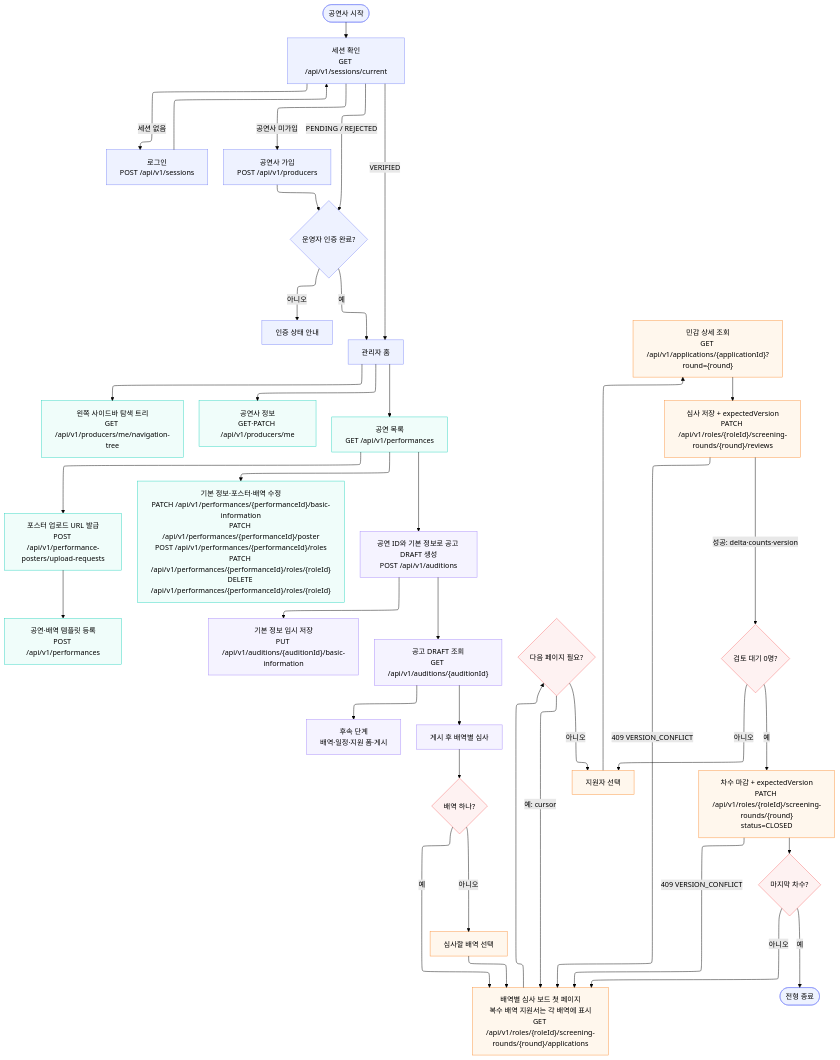
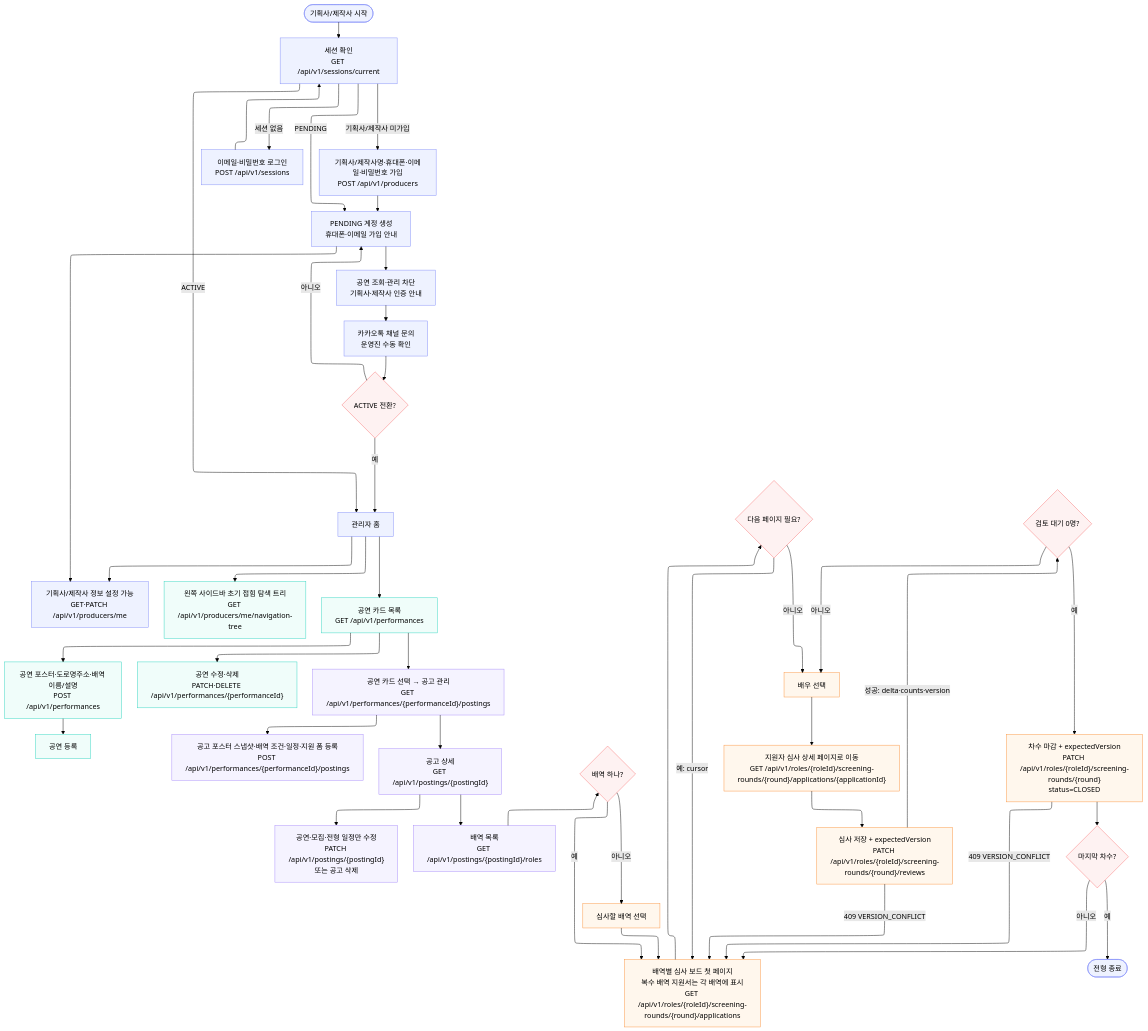
The diagram in docs/flowchart/producer.mmd (woowacourse-teams/2026-yesulin), drawn with Mermaid (forest theme) before and after one commit. The commit also changed 145 other files, not shown here.

```diff
--- a/docs/flowchart/producer.mmd
+++ b/docs/flowchart/producer.mmd
@@ -1,71 +1,51 @@
 ---
 config:
   layout: elk
 ---
 flowchart TB
-    START(["공연사 시작"]) --> SESSION["세션 확인<br>GET /api/v1/sessions/current"]
-    SESSION -- 세션 없음 --> LOGIN["로그인<br>POST /api/v1/sessions"]
+    START(["기획사/제작사 시작"]) --> SESSION["세션 확인<br>GET /api/v1/sessions/current"]
+    SESSION -- 세션 없음 --> LOGIN["이메일·비밀번호 로그인<br>POST /api/v1/sessions"]
     LOGIN --> SESSION
-    SESSION -- 공연사 미가입 --> SIGNUP["공연사 가입<br>POST /api/v1/producers"]
-    SIGNUP --> VERIFY{"운영자 인증 완료?"}
-    SESSION -- PENDING / REJECTED --> VERIFY
-    VERIFY -- 아니오 --> WAIT["인증 상태 안내"]
-    VERIFY -- 예 --> HOME["관리자 홈"]
-    SESSION -- VERIFIED --> HOME
-    HOME --> NAV["왼쪽 사이드바 탐색 트리<br>GET /api/v1/producers/me/navigation-tree"] & PROFILE["공연사 정보<br>GET·PATCH /api/v1/producers/me"] & PERF["공연 목록<br>GET /api/v1/performances"]
-    PERF --> NEW_PERF["포스터 업로드 URL 발급<br>POST /api/v1/performance-posters/upload-requests"] & EDIT_PERF["기본 정보·포스터·배역 수정<br>PATCH /api/v1/performances/{performanceId}/basic-information<br>PATCH /api/v1/performances/{performanceId}/poster<br>POST /api/v1/performances/{performanceId}/roles<br>PATCH /api/v1/performances/{performanceId}/roles/{roleId}<br>DELETE /api/v1/performances/{performanceId}/roles/{roleId}"] & POSTINGS["공연 ID와 기본 정보로 공고 DRAFT 생성<br>POST /api/v1/auditions"]
-    NEW_PERF --> CREATE_PERF["공연·배역 템플릿 등록<br>POST /api/v1/performances"]
-    POSTINGS --> CREATE_POSTING["기본 정보 임시 저장<br>PUT /api/v1/auditions/{auditionId}/basic-information"] & POSTING_DETAIL["공고 DRAFT 조회<br>GET /api/v1/auditions/{auditionId}"]
-    POSTING_DETAIL --> EDIT_POSTING["후속 단계<br>배역·일정·지원 폼·게시"] & ROLES["게시 후 배역별 심사"]
+    SESSION -- 기획사/제작사 미가입 --> SIGNUP["기획사/제작사명·휴대폰·이메일·비밀번호 가입<br>POST /api/v1/producers"]
+    SIGNUP --> PENDING["PENDING 계정 생성<br>휴대폰·이메일 가입 안내"]
+    SESSION -- PENDING --> PENDING
+    PENDING --> PROFILE["기획사/제작사 정보 설정 가능<br>GET·PATCH /api/v1/producers/me"]
+    PENDING --> BLOCKED["공연 조회·관리 차단<br>기획사·제작사 인증 안내"]
+    BLOCKED --> CONTACT["카카오톡 채널 문의<br>운영진 수동 확인"]
+    CONTACT --> ACTIVE{"ACTIVE 전환?"}
+    ACTIVE -- 아니오 --> PENDING
+    ACTIVE -- 예 --> HOME["관리자 홈"]
+    SESSION -- ACTIVE --> HOME
+    HOME --> NAV["왼쪽 사이드바 초기 접힘 탐색 트리<br>GET /api/v1/producers/me/navigation-tree"] & PROFILE & PERF["공연 카드 목록<br>GET /api/v1/performances"]
+    PERF --> NEW_PERF["공연 포스터·도로명주소·배역 이름/설명<br>POST /api/v1/performances"] & EDIT_PERF["공연 수정·삭제<br>PATCH·DELETE /api/v1/performances/{performanceId}"] & POSTINGS["공연 카드 선택 → 공고 관리<br>GET /api/v1/performances/{performanceId}/postings"]
+    NEW_PERF --> CREATE_PERF["공연 등록"]
+    POSTINGS --> CREATE_POSTING["공고 포스터 스냅샷·배역 조건·일정·지원 폼 등록<br>POST /api/v1/performances/{performanceId}/postings"] & POSTING_DETAIL["공고 상세<br>GET /api/v1/postings/{postingId}"]
+    POSTING_DETAIL --> EDIT_POSTING["공연·모집·전형 일정만 수정<br>PATCH /api/v1/postings/{postingId}<br>또는 공고 삭제"] & ROLES["배역 목록<br>GET /api/v1/postings/{postingId}/roles"]
     ROLES --> SOLE{"배역 하나?"}
     SOLE -- 예 --> BOARD["배역별 심사 보드 첫 페이지<br>복수 배역 지원서는 각 배역에 표시<br>GET /api/v1/roles/{roleId}/screening-rounds/{round}/applications"]
     SOLE -- 아니오 --> CHOOSE_ROLE["심사할 배역 선택"]
     CHOOSE_ROLE --> BOARD
     BOARD --> MORE{"다음 페이지 필요?"}
     MORE -- 예: cursor --> BOARD
-    MORE -- 아니오 --> SELECT["지원자 선택"]
-    SELECT --> APP_DETAIL["민감 상세 조회<br>GET /api/v1/applications/{applicationId}?round={round}"]
+    MORE -- 아니오 --> SELECT["배우 선택"]
+    SELECT --> APP_DETAIL["지원자 심사 상세 페이지로 이동<br>GET /api/v1/roles/{roleId}/screening-rounds/{round}/applications/{applicationId}"]
     APP_DETAIL --> REVIEW["심사 저장 + expectedVersion<br>PATCH /api/v1/roles/{roleId}/screening-rounds/{round}/reviews"]
     REVIEW -- 409 VERSION_CONFLICT --> BOARD
     REVIEW -- 성공: delta·counts·version --> DONE{"검토 대기 0명?"}
     DONE -- 아니오 --> SELECT
     DONE -- 예 --> CLOSE["차수 마감 + expectedVersion<br>PATCH /api/v1/roles/{roleId}/screening-rounds/{round}<br>status=CLOSED"]
     CLOSE -- 409 VERSION_CONFLICT --> BOARD
     CLOSE --> LAST{"마지막 차수?"}
     LAST -- 아니오 --> BOARD
     LAST -- 예 --> FINISH(["전형 종료"])
 
-    START:::authNode
-    SESSION:::authNode
-    LOGIN:::authNode
-    SIGNUP:::authNode
-    VERIFY:::authNode
-    WAIT:::authNode
-    HOME:::authNode
-    NAV:::perfNode
-    PROFILE:::perfNode
-    PERF:::perfNode
-    NEW_PERF:::perfNode
-    EDIT_PERF:::perfNode
-    POSTINGS:::postingNode
-    CREATE_PERF:::perfNode
-    CREATE_POSTING:::postingNode
-    POSTING_DETAIL:::postingNode
-    EDIT_POSTING:::postingNode
-    ROLES:::postingNode
-    SOLE:::decisionNode
-    BOARD:::screeningNode
-    CHOOSE_ROLE:::screeningNode
-    MORE:::decisionNode
-    SELECT:::screeningNode
-    APP_DETAIL:::screeningNode
-    REVIEW:::screeningNode
-    DONE:::decisionNode
-    CLOSE:::screeningNode
-    LAST:::decisionNode
-    FINISH:::authNode
     classDef authNode stroke:#818cf8,fill:#eef2ff
     classDef perfNode stroke:#2dd4bf,fill:#f0fdfa
     classDef postingNode stroke:#a78bfa,fill:#f5f3ff
     classDef screeningNode stroke:#fb923c,fill:#fff7ed
     classDef decisionNode stroke:#f87171,fill:#fef2f2
+    class START,SESSION,LOGIN,SIGNUP,PENDING,PROFILE,BLOCKED,CONTACT,HOME,FINISH authNode
+    class ACTIVE,SOLE,MORE,DONE,LAST decisionNode
+    class NAV,PERF,NEW_PERF,EDIT_PERF,CREATE_PERF perfNode
+    class POSTINGS,CREATE_POSTING,POSTING_DETAIL,EDIT_POSTING,ROLES postingNode
+    class BOARD,CHOOSE_ROLE,SELECT,APP_DETAIL,REVIEW,CLOSE screeningNode
```
